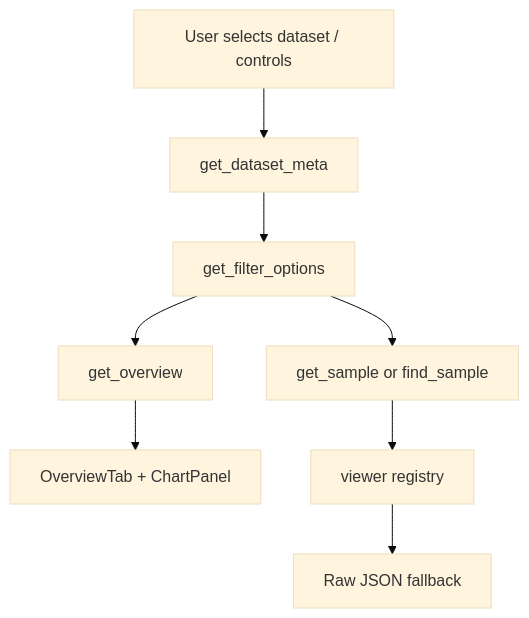
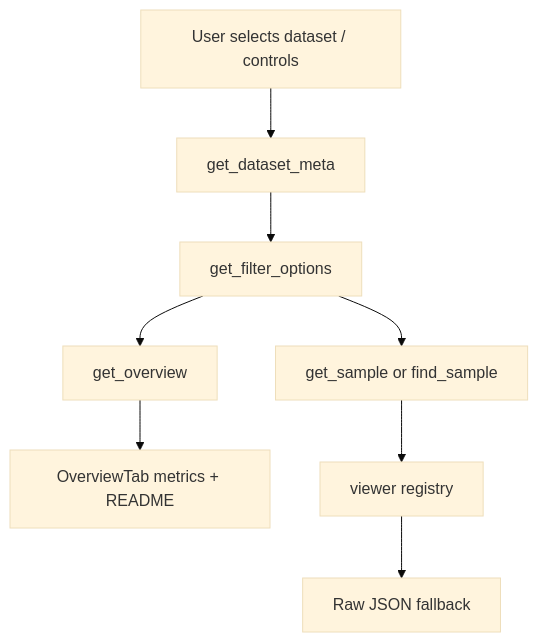
One commit to NusretOzates/DatasetVisualizer changed the second of 2 diagrams in docs/architecture/overview.md. Above: the diagram before and after it, drawn with Mermaid (base theme). The commit also changed other lines of this file and 77 other files, not shown here.

````diff
--- a/docs/architecture/overview.md
+++ b/docs/architecture/overview.md
@@ -19,10 +19,10 @@
 ```mermaid
 flowchart TD
   Select["User selects dataset / controls"] --> Meta["get_dataset_meta"]
   Meta --> Options["get_filter_options"]
   Options --> Overview["get_overview"]
-  Overview --> Charts["OverviewTab + ChartPanel"]
+  Overview --> Summary["OverviewTab metrics + README"]
   Options --> Sample["get_sample or find_sample"]
   Sample --> Viewer["viewer registry"]
   Viewer --> Raw["Raw JSON fallback"]
 ```
````
